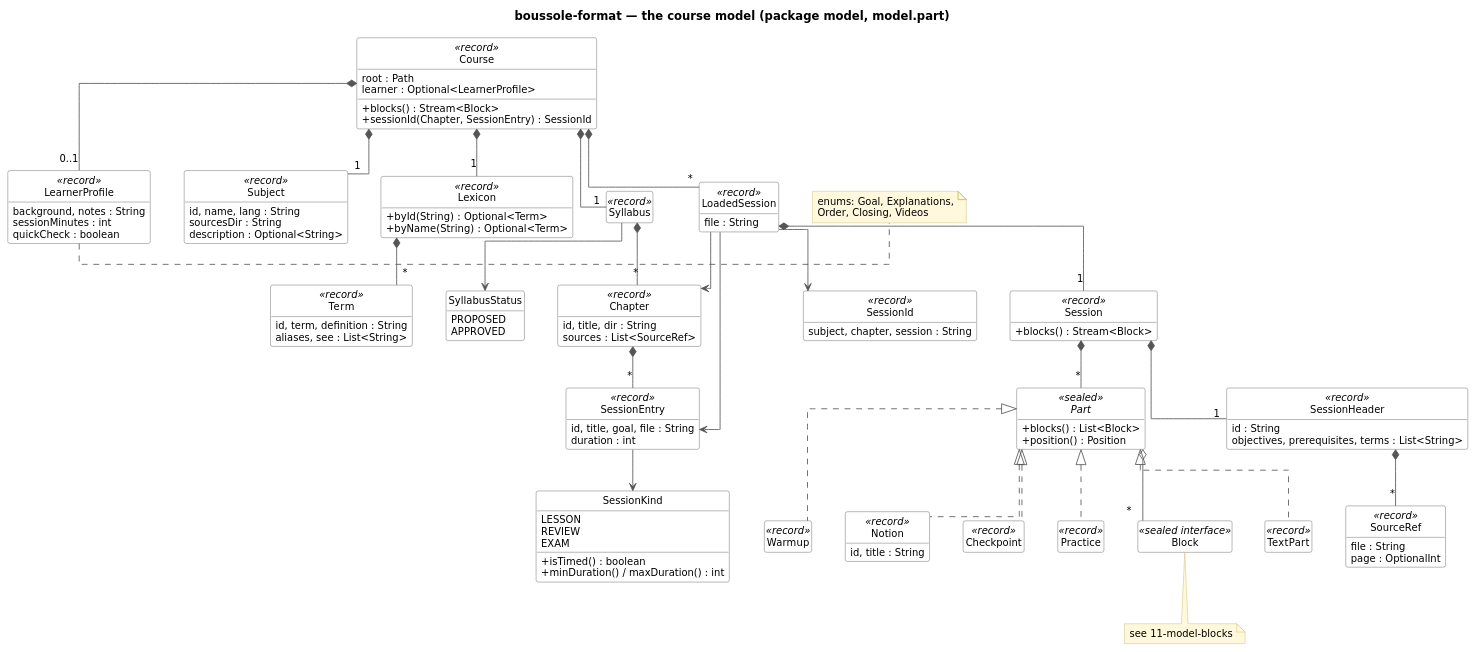
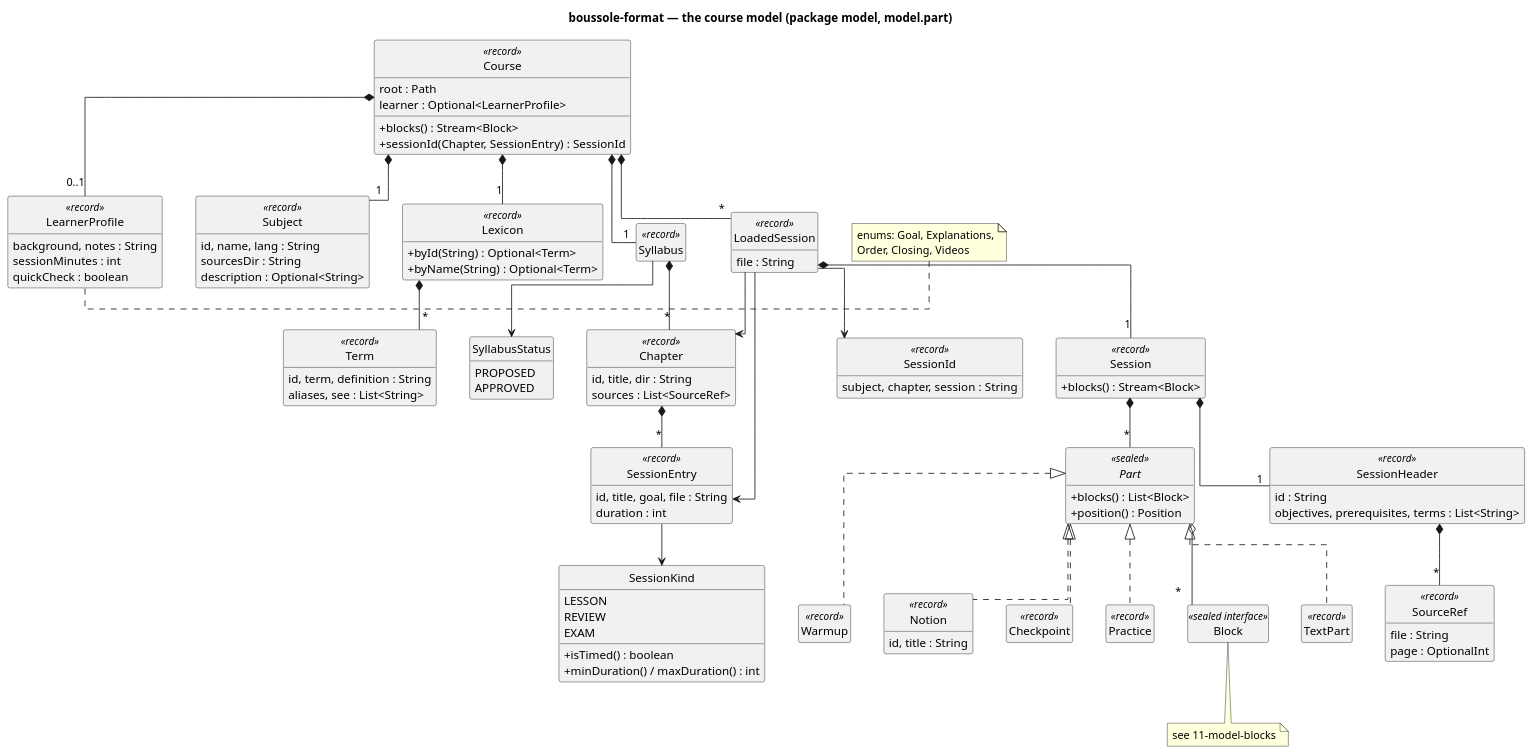
Before and after one commit to lucasssoh/Boussole: the diagram in docs/diagrams/10-model-course.puml, drawn with PlantUML. The commit also changed 17 other files, not shown here.

Commit message:
Docs : class diagrams keep only layout settings, no colours or fonts

```diff
--- a/docs/diagrams/10-model-course.puml
+++ b/docs/diagrams/10-model-course.puml
@@ -1,125 +1,115 @@
 @startuml 10-model-course
-skinparam shadowing false
-skinparam defaultFontName "DejaVu Sans"
-skinparam defaultFontSize 12
 skinparam packageStyle rectangle
 skinparam classAttributeIconSize 0
 skinparam linetype ortho
 skinparam nodesep 40
 skinparam ranksep 50
-skinparam ArrowColor #555555
-skinparam ClassBorderColor #555555
-skinparam ClassBackgroundColor #FFFFFF
-skinparam PackageBorderColor #999999
-skinparam PackageBackgroundColor #FAFAFA
-skinparam NoteBackgroundColor #FFF8DC
-skinparam NoteBorderColor #C8B560
 hide empty members
 hide circle
 title boussole-format — the course model (package model, model.part)
 
 class Course <<record>> {
   root : Path
   learner : Optional<LearnerProfile>
   +blocks() : Stream<Block>
   +sessionId(Chapter, SessionEntry) : SessionId
 }
 class Subject <<record>> {
   id, name, lang : String
   sourcesDir : String
   description : Optional<String>
 }
 class Syllabus <<record>>
 enum SyllabusStatus {
   PROPOSED
   APPROVED
 }
 class Chapter <<record>> {
   id, title, dir : String
   sources : List<SourceRef>
 }
 class SessionEntry <<record>> {
   id, title, goal, file : String
   duration : int
 }
 enum SessionKind {
   LESSON
   REVIEW
   EXAM
   +isTimed() : boolean
   +minDuration() / maxDuration() : int
 }
 class SessionId <<record>> {
   subject, chapter, session : String
 }
 class Lexicon <<record>> {
   +byId(String) : Optional<Term>
   +byName(String) : Optional<Term>
 }
 class Term <<record>> {
   id, term, definition : String
   aliases, see : List<String>
 }
 class LearnerProfile <<record>> {
   background, notes : String
   sessionMinutes : int
   quickCheck : boolean
 }
 note right of LearnerProfile
   enums: Goal, Explanations,
   Order, Closing, Videos
 end note
 class LoadedSession <<record>> {
   file : String
 }
 class Session <<record>> {
   +blocks() : Stream<Block>
 }
 class SessionHeader <<record>> {
   id : String
   objectives, prerequisites, terms : List<String>
 }
 class SourceRef <<record>> {
   file : String
   page : OptionalInt
 }
 
 interface Part <<sealed>> {
   +blocks() : List<Block>
   +position() : Position
 }
 class TextPart <<record>>
 class Warmup <<record>>
 class Notion <<record>> {
   id, title : String
 }
 class Checkpoint <<record>>
 class Practice <<record>>
 
 Course *-- "1" Subject
 Course *-- "1" Syllabus
 Course *-- "1" Lexicon
 Course *-- "0..1" LearnerProfile
 Course *-- "*" LoadedSession
 Syllabus *-- "*" Chapter
 Syllabus --> SyllabusStatus
 Chapter *-- "*" SessionEntry
 SessionEntry --> SessionKind
 Lexicon *-- "*" Term
 LoadedSession --> SessionId
 LoadedSession --> Chapter
 LoadedSession --> SessionEntry
 LoadedSession *-- "1" Session
 Session *-- "1" SessionHeader
 Session *-- "*" Part
 SessionHeader *-- "*" SourceRef
 Part <|.. TextPart
 Part <|.. Warmup
 Part <|.. Notion
 Part <|.. Checkpoint
 Part <|.. Practice
 Part o-- "*" Block
 
 class Block <<sealed interface>>
 note bottom of Block : see 11-model-blocks
 @enduml
```
